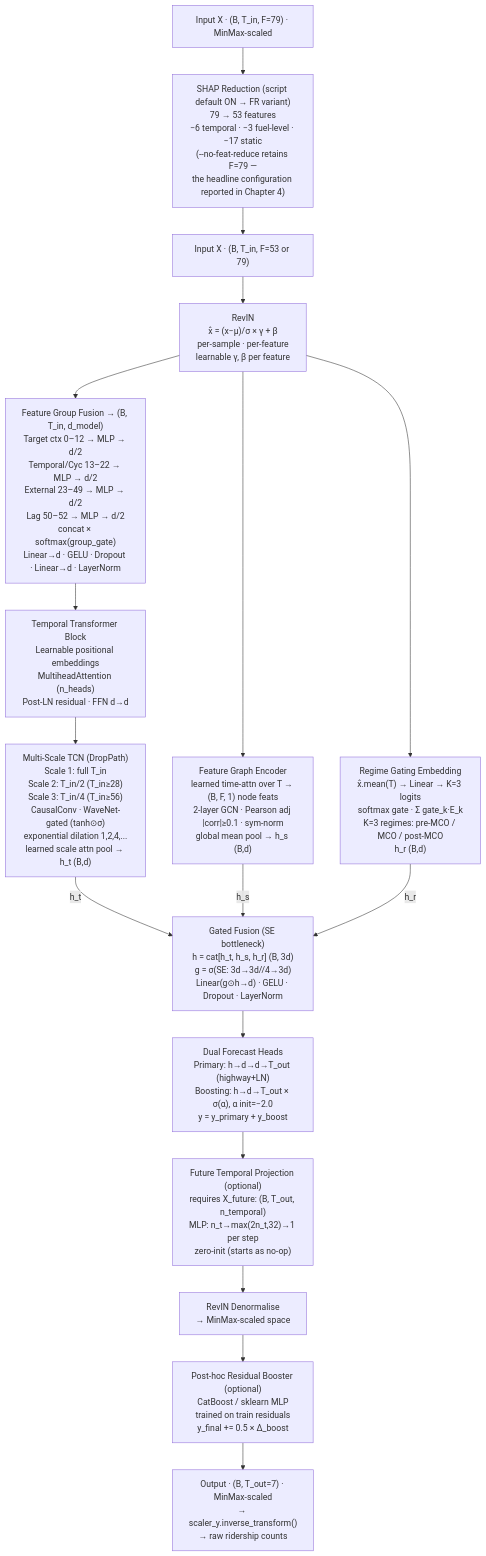
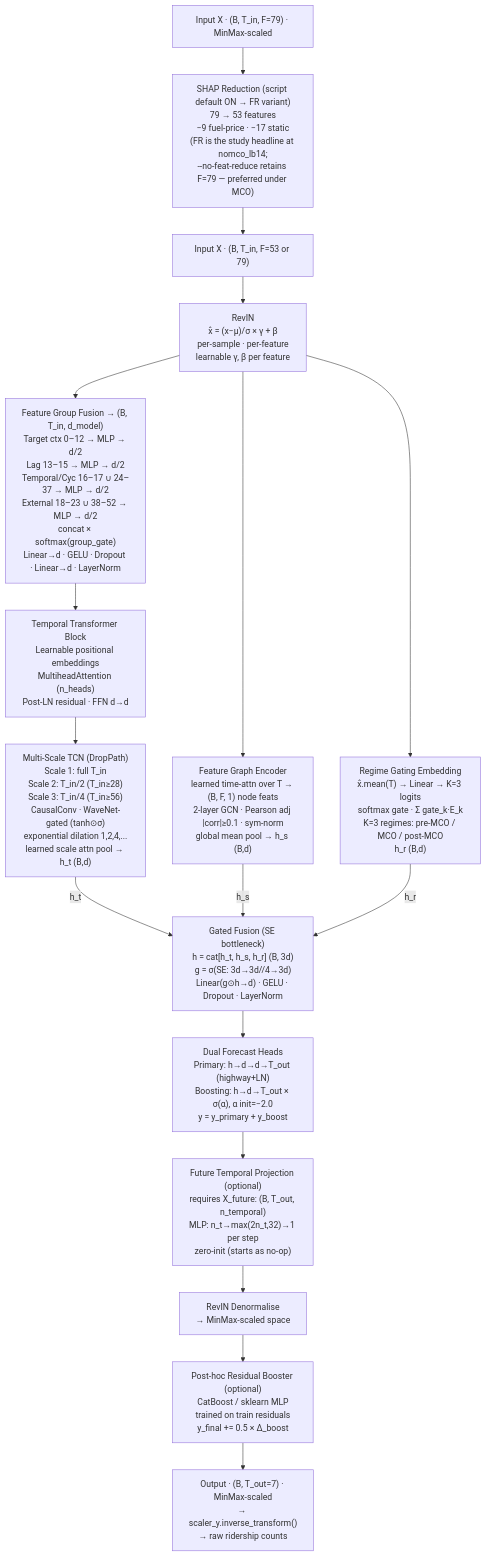
One commit to NightfuryEquinn/Ridership changed diagram 17 of 17 in src/models/MODEL.md. Above: the diagram before and after it, drawn with Mermaid. The commit also changed other lines of this file and 2 other files, not shown here.

````diff
--- a/src/models/MODEL.md
+++ b/src/models/MODEL.md
@@ -1050,35 +1054,35 @@
 ```mermaid
 flowchart TD
     IN79["Input X · (B, T_in, F=79) · MinMax-scaled"]
-    SHAP["SHAP Reduction (script default ON → FR variant)\n79 → 53 features\n−6 temporal · −3 fuel-level · −17 static\n(--no-feat-reduce retains F=79 —\nthe headline configuration reported in Chapter 4)"]
+    SHAP["SHAP Reduction (script default ON → FR variant)\n79 → 53 features\n−9 fuel-price · −17 static\n(FR is the study headline at nomco_lb14;\n--no-feat-reduce retains F=79 — preferred under MCO)"]
     IN53["Input X · (B, T_in, F=53 or 79)"]
     REVIN["RevIN\nx̂ = (x−μ)/σ × γ + β\nper-sample · per-feature\nlearnable γ, β per feature"]
 
-    FGF["Feature Group Fusion → (B, T_in, d_model)\nTarget ctx 0–12 → MLP → d/2\nTemporal/Cyc 13–22 → MLP → d/2\nExternal 23–49 → MLP → d/2\nLag 50–52 → MLP → d/2\nconcat × softmax(group_gate)\nLinear→d · GELU · Dropout · Linear→d · LayerNorm"]
+    FGF["Feature Group Fusion → (B, T_in, d_model)\nTarget ctx 0–12 → MLP → d/2\nLag 13–15 → MLP → d/2\nTemporal/Cyc 16–17 ∪ 24–37 → MLP → d/2\nExternal 18–23 ∪ 38–52 → MLP → d/2\nconcat × softmax(group_gate)\nLinear→d · GELU · Dropout · Linear→d · LayerNorm"]
 
     TTB["Temporal Transformer Block\nLearnable positional embeddings\nMultiheadAttention (n_heads)\nPost-LN residual · FFN d→d"]
 
     TCN["Multi-Scale TCN (DropPath)\nScale 1: full T_in\nScale 2: T_in/2 (T_in≥28)\nScale 3: T_in/4 (T_in≥56)\nCausalConv · WaveNet-gated (tanh⊙σ)\nexponential dilation 1,2,4,...\nlearned scale attn pool → h_t (B,d)"]
 
     GCN["Feature Graph Encoder\nlearned time-attn over T → (B, F, 1) node feats\n2-layer GCN · Pearson adj |corr|≥0.1 · sym-norm\nglobal mean pool → h_s (B,d)"]
 
     RGE["Regime Gating Embedding\nx̂.mean(T) → Linear → K=3 logits\nsoftmax gate · Σ gate_k·E_k\nK=3 regimes: pre-MCO / MCO / post-MCO\nh_r (B,d)"]
 
     GF["Gated Fusion (SE bottleneck)\nh = cat[h_t, h_s, h_r] (B, 3d)\ng = σ(SE: 3d→3d//4→3d)\nLinear(g⊙h→d) · GELU · Dropout · LayerNorm"]
 
     FH["Dual Forecast Heads\nPrimary: h→d→d→T_out (highway+LN)\nBoosting: h→d→T_out × σ(α), α init=−2.0\ny = y_primary + y_boost"]
 
     FTP["Future Temporal Projection (optional)\nrequires X_future: (B, T_out, n_temporal)\nMLP: n_t→max(2n_t,32)→1 per step\nzero-init (starts as no-op)"]
 
     REVIND["RevIN Denormalise\n→ MinMax-scaled space"]
 
     BOOST["Post-hoc Residual Booster (optional)\nCatBoost / sklearn MLP\ntrained on train residuals\ny_final += 0.5 × Δ_boost"]
 
     OUT["Output · (B, T_out=7) · MinMax-scaled\n→ scaler_y.inverse_transform()\n→ raw ridership counts"]
 
     IN79 --> SHAP --> IN53 --> REVIN
     REVIN --> FGF --> TTB --> TCN --> |h_t| GF
     REVIN --> GCN --> |h_s| GF
     REVIN --> RGE --> |h_r| GF
     GF --> FH --> FTP --> REVIND --> BOOST --> OUT
 ```
````
